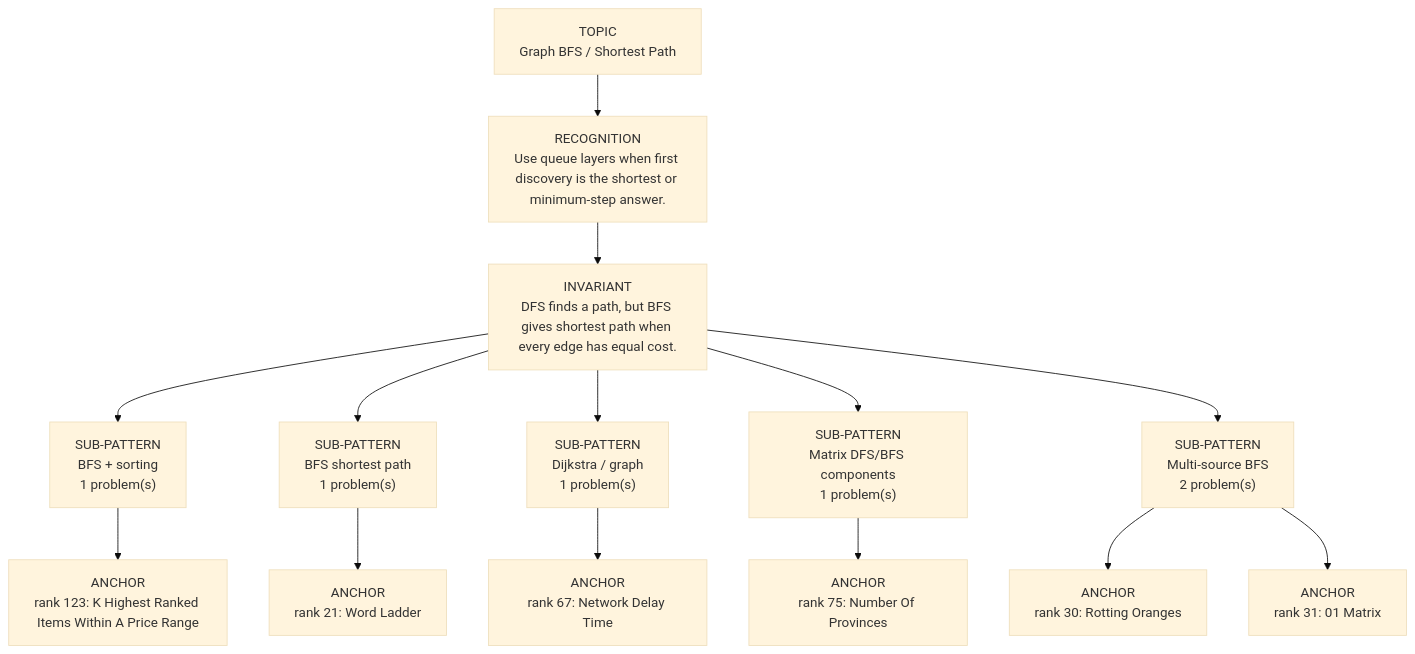
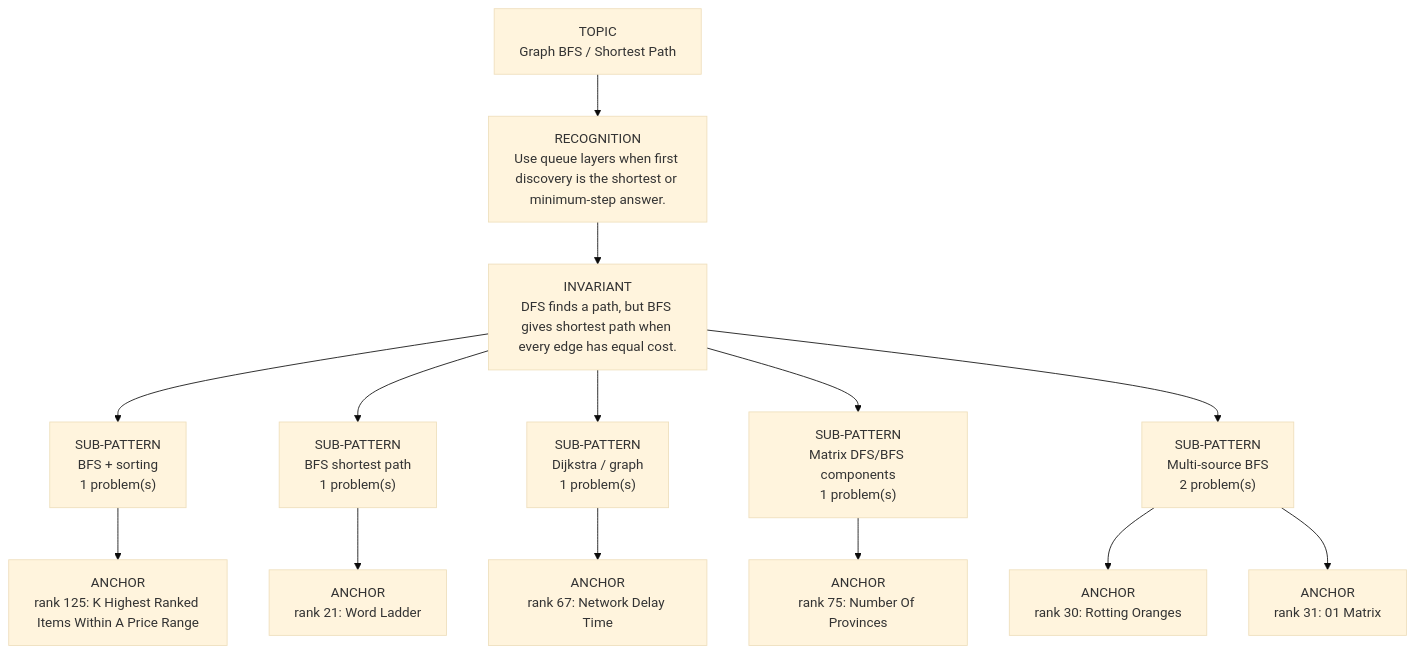
One commit to thechiranjeevjain/DSA10days changed the diagram in dsa-review/interview/patterns/12_graph_bfs.md. Above: the diagram before and after it, drawn with Mermaid (base theme). The commit also changed other lines of this file and 51 other files, not shown here.

````diff
--- a/dsa-review/interview/patterns/12_graph_bfs.md
+++ b/dsa-review/interview/patterns/12_graph_bfs.md
@@ -15,18 +15,18 @@
 ```mermaid
 flowchart TD
   Topic["TOPIC<br/>Graph BFS / Shortest Path"]
   Recognition["RECOGNITION<br/>Use queue layers when first discovery is the shortest or minimum-step answer."]
   Invariant["INVARIANT<br/>DFS finds a path, but BFS gives shortest path when every edge has equal cost."]
   Topic --> Recognition --> Invariant
   Invariant --> Sub01["SUB-PATTERN<br/>BFS + sorting<br/>1 problem(s)"]
-  Sub01 --> Sub01A01["ANCHOR<br/>rank 123: K Highest Ranked Items Within A Price Range"]
+  Sub01 --> Sub01A01["ANCHOR<br/>rank 125: K Highest Ranked Items Within A Price Range"]
   Invariant --> Sub02["SUB-PATTERN<br/>BFS shortest path<br/>1 problem(s)"]
   Sub02 --> Sub02A01["ANCHOR<br/>rank 21: Word Ladder"]
   Invariant --> Sub03["SUB-PATTERN<br/>Dijkstra / graph<br/>1 problem(s)"]
   Sub03 --> Sub03A01["ANCHOR<br/>rank 67: Network Delay Time"]
   Invariant --> Sub04["SUB-PATTERN<br/>Matrix DFS/BFS components<br/>1 problem(s)"]
   Sub04 --> Sub04A01["ANCHOR<br/>rank 75: Number Of Provinces"]
   Invariant --> Sub05["SUB-PATTERN<br/>Multi-source BFS<br/>2 problem(s)"]
   Sub05 --> Sub05A01["ANCHOR<br/>rank 30: Rotting Oranges"]
   Sub05 --> Sub05A02["ANCHOR<br/>rank 31: 01 Matrix"]
 ```
````
